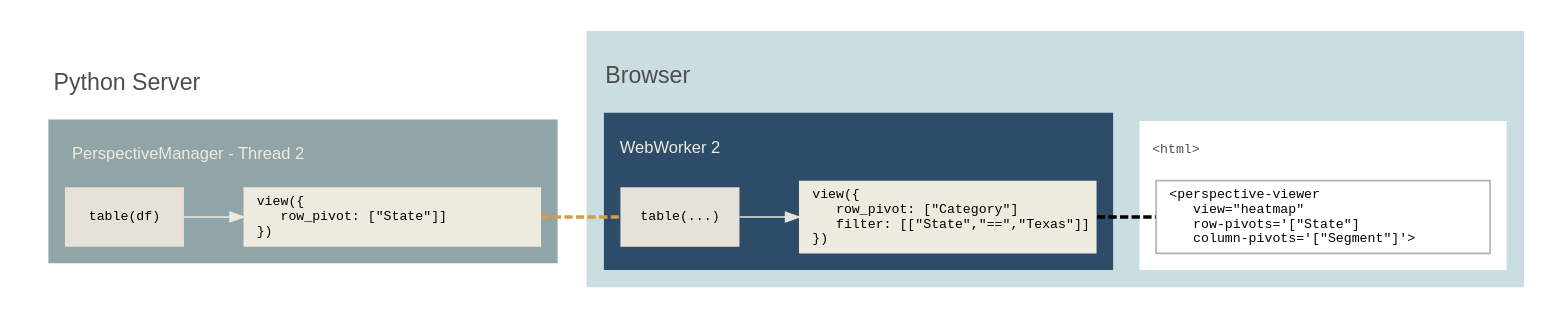
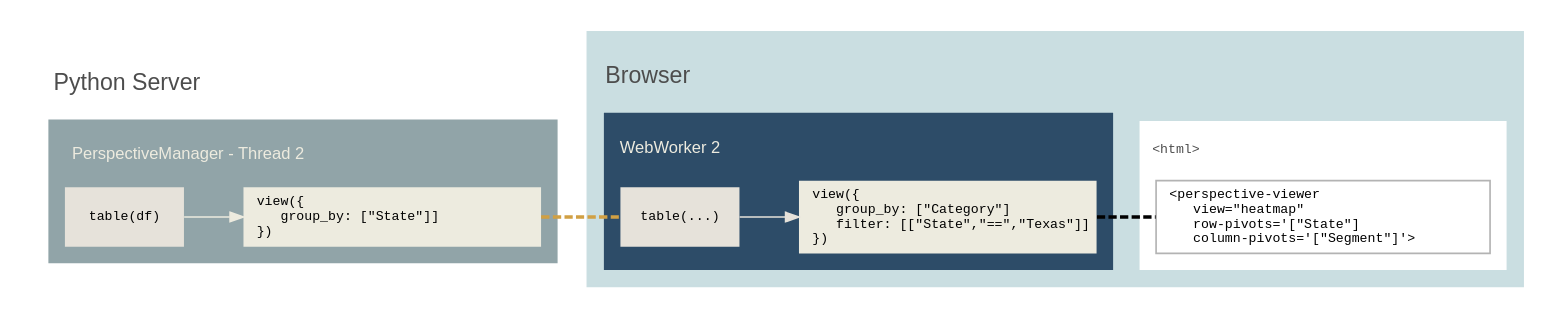
Before and after one commit to finos/perspective: the diagram in docs/static/svg/architecture.sub3.dot, drawn with Graphviz. The commit also changed 123 other files, not shown here.

Commit message:
Replace `row_pivots` with `group_by`, `column_pivots` with `split_by`

```diff
--- a/docs/static/svg/architecture.sub3.dot
+++ b/docs/static/svg/architecture.sub3.dot
@@ -1,96 +1,96 @@
 digraph G {
     graph [rankdir="LR" fontname="helvetica" labeljust="l"]
     node [shape="box" fontname="monospace" fontsize=8 color=gray70 style=filled fillcolor=white];
     edge [color="#EDEBDF" arrowsize=0.8]
     subgraph cluster_11 {
         label="\lPython Server";
         fontcolor=gray30
         margin=10
         color=none
         subgraph cluster_thread_2 {
             graph [
                 label="\lPerspectiveManager - Thread 2";
                 style=filled
                 fillcolor="#91A4A8"
                 color=none
                 fontcolor="#EDEBDF"
                 fontsize=10
                 margin=10
             ]
             table_thread_2 [
                 label="table(df)"
                 width=1
                 color=none
                 fillcolor="#E6E2DA"
             ]
             view_thread_2 [
-                label="view({\l    row_pivot: [\"State\"]]\l})\l"
+                label="view({\l    group_by: [\"State\"]]\l})\l"
                 width=2.5
                 color=none
                 fillcolor="#EDEBDF"
             ]
     
 
             table_thread_2 -> view_thread_2;
         }
 
     }
     subgraph cluster_browser {
         graph [
             label="\lBrowser";
             color="#CADEE1";
             margin=10
             style=filled;
             fontcolor=gray30
         ]
 
         subgraph cluster_webworker2 {
             graph [
                 label="\lWebWorker 2";
                 style=filled
                 margin=10
                 fillcolor="#2D4C68"
                 color=none
                 fontcolor="#EDEBDF"
                 fontsize=10
             ]
             table12 [
                 label="table(...)"
                 width=1
                 color=none
                 fillcolor="#E6E2DA"
             ]
 
             view12 [
-                label="view({\l    row_pivot: [\"Category\"]\l    filter: [[\"State\",\"==\",\"Texas\"]]\l})\l"
+                label="view({\l    group_by: [\"Category\"]\l    filter: [[\"State\",\"==\",\"Texas\"]]\l})\l"
                 width=2.5
                 color=none
                 fillcolor="#EDEBDF"
             ]
 
             table12 -> {view12}  [color="#E6E2DA"];
         }
 
         view_thread_2  -> table12 [penwidth=2 style=dashed arrowhead=none color="#D1A043"];
  
         subgraph cluster_41 {
            graph [
                 label="\l<html>";
                 color=none
                 fillcolor=white
                 fontcolor=gray30
                 fontsize=10
                 fontname="monospace" fontsize=8 color=none 
 
             ]
            
             viewer5 [
                 label = "<perspective-viewer\l    view=\"heatmap\"\l    row-pivots='[\"State\"]\l    column-pivots='[\"Segment\"]'>\l"
                 width=2.8
             ];
             view12 -> viewer5 [penwidth=2 style=dashed arrowhead=none color="#666"];
         }
       
         
     }	
 }
```
